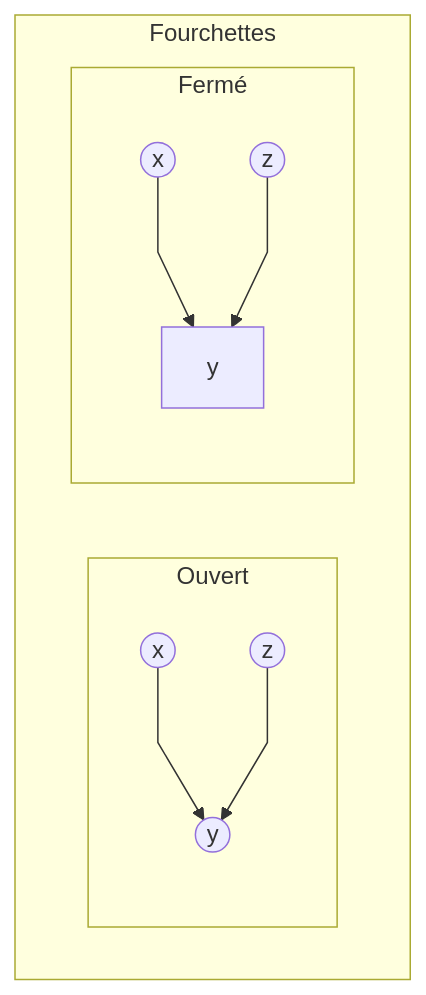
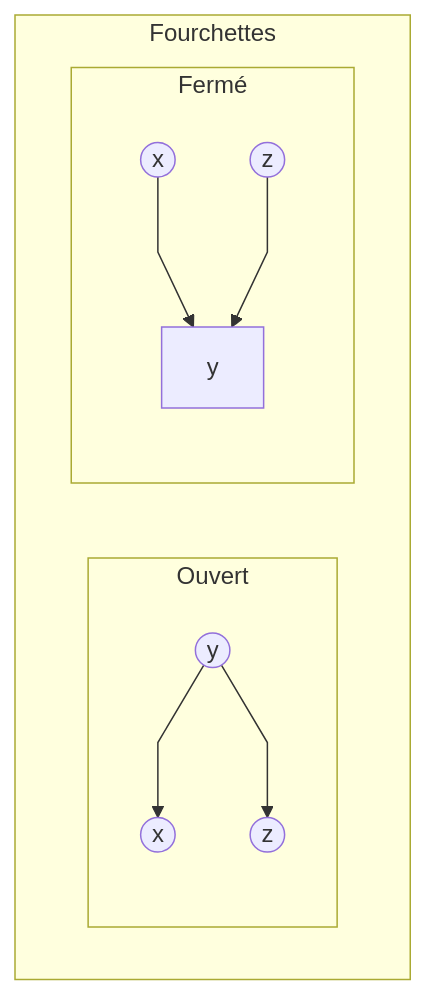
Diagram 28 of 39 in presentation_goa/index.qmd (laurenceomfoisy/laurenceoliviermfoisy), drawn with Mermaid before and after one commit. The commit also changed 108 other files, not shown here.

````diff
--- a/presentation_goa/index.qmd
+++ b/presentation_goa/index.qmd
@@ -452,19 +452,19 @@
 ```{mermaid}
 
 %%{init: {'flowchart' : {'curve' : 'linear'}}}%%
 
 flowchart TD;
     subgraph Fourchettes
 
     subgraph Ouvert
-    x1((x)) --> y1((y));
-    z1((z)) --> y1;
+    y1((y)) --> x1((x));
+    y1((y)) --> z1((z));
     end
 
     subgraph Fermé
     x6((x)) --> y6[y];
     z6((z)) --> y6;
     end
 
     end
 ```
````
